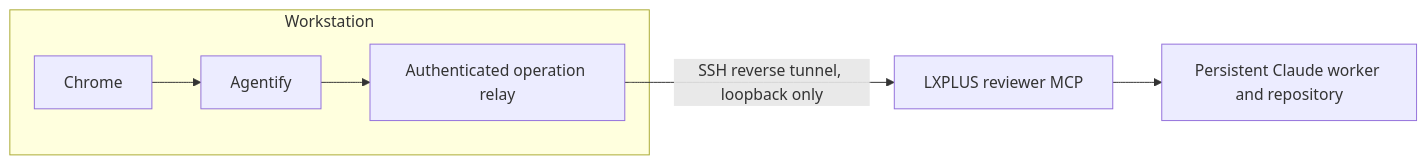
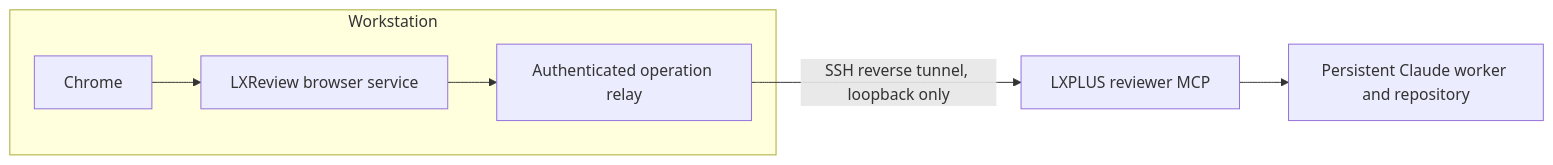
One commit to jbeirer/lxreview changed the first of 2 diagrams in README.md. Above: the diagram before and after it, drawn with Mermaid. The commit also changed other lines of this file and 34 other files, not shown here.

Commit message:
Replace Agentify with an LXReview-owned Playwright browser

````diff
--- a/README.md
+++ b/README.md
@@ -22,8 +22,8 @@
 ```mermaid
 flowchart LR
   subgraph Workstation
-    Chrome --> Agentify --> Relay[Authenticated operation relay]
+    Chrome --> Playwright[LXReview browser service] --> Relay[Authenticated operation relay]
   end
   Relay -->|SSH reverse tunnel, loopback only| MCP[LXPLUS reviewer MCP]
   MCP --> Worker[Persistent Claude worker and repository]
 ```
````
